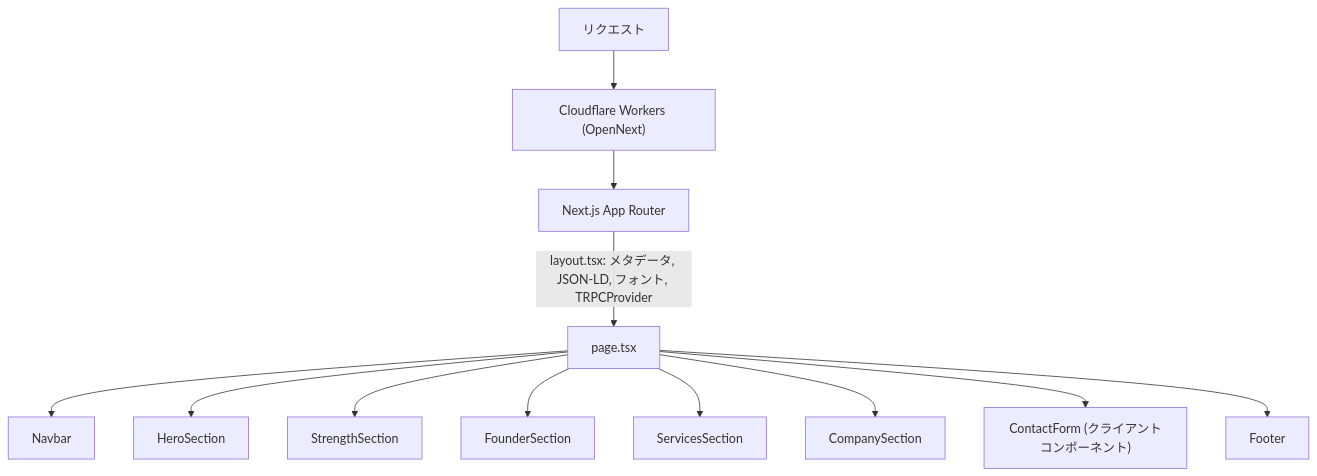
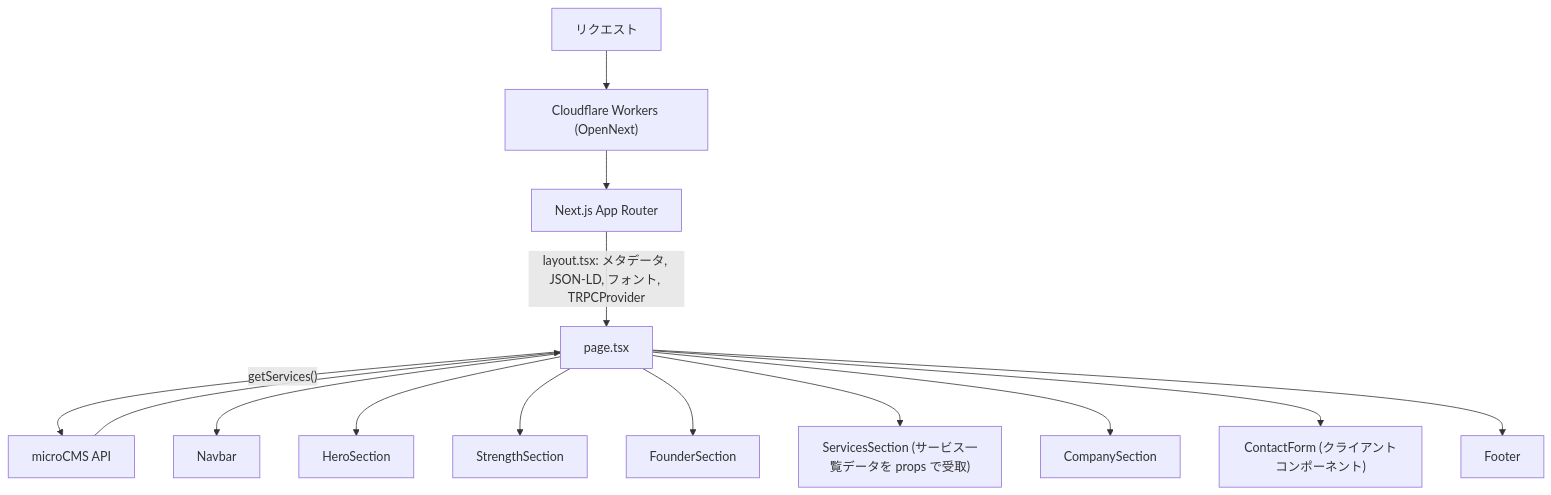
The third of 5 diagrams in docs/architecture.md (Nudel-LLC/website), drawn with Mermaid before and after one commit. The commit also changed other lines of this file and 3 other files, not shown here.

````diff
--- a/docs/architecture.md
+++ b/docs/architecture.md
@@ -87,14 +93,16 @@
 ```mermaid
 graph TD
     A["リクエスト"] --> B["Cloudflare Workers (OpenNext)"]
     B --> C["Next.js App Router"]
     C -->|"layout.tsx: メタデータ, JSON-LD, フォント, TRPCProvider"| D["page.tsx"]
+    D -->|"getServices()"| MC["microCMS API"]
+    MC --> D
     D --> E["Navbar"]
     D --> F["HeroSection"]
     D --> G["StrengthSection"]
     D --> H["FounderSection"]
-    D --> I["ServicesSection"]
+    D --> I["ServicesSection (サービス一覧データを props で受取)"]
     D --> J["CompanySection"]
     D --> K["ContactForm (クライアントコンポーネント)"]
     D --> L["Footer"]
 ```
````
